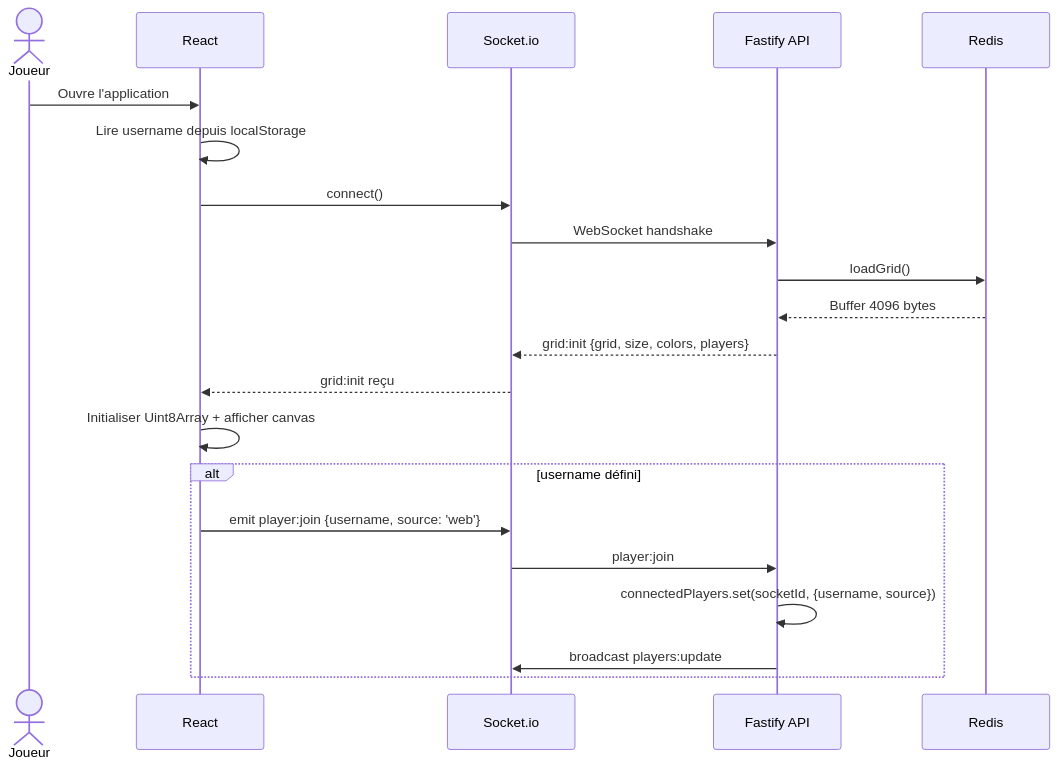
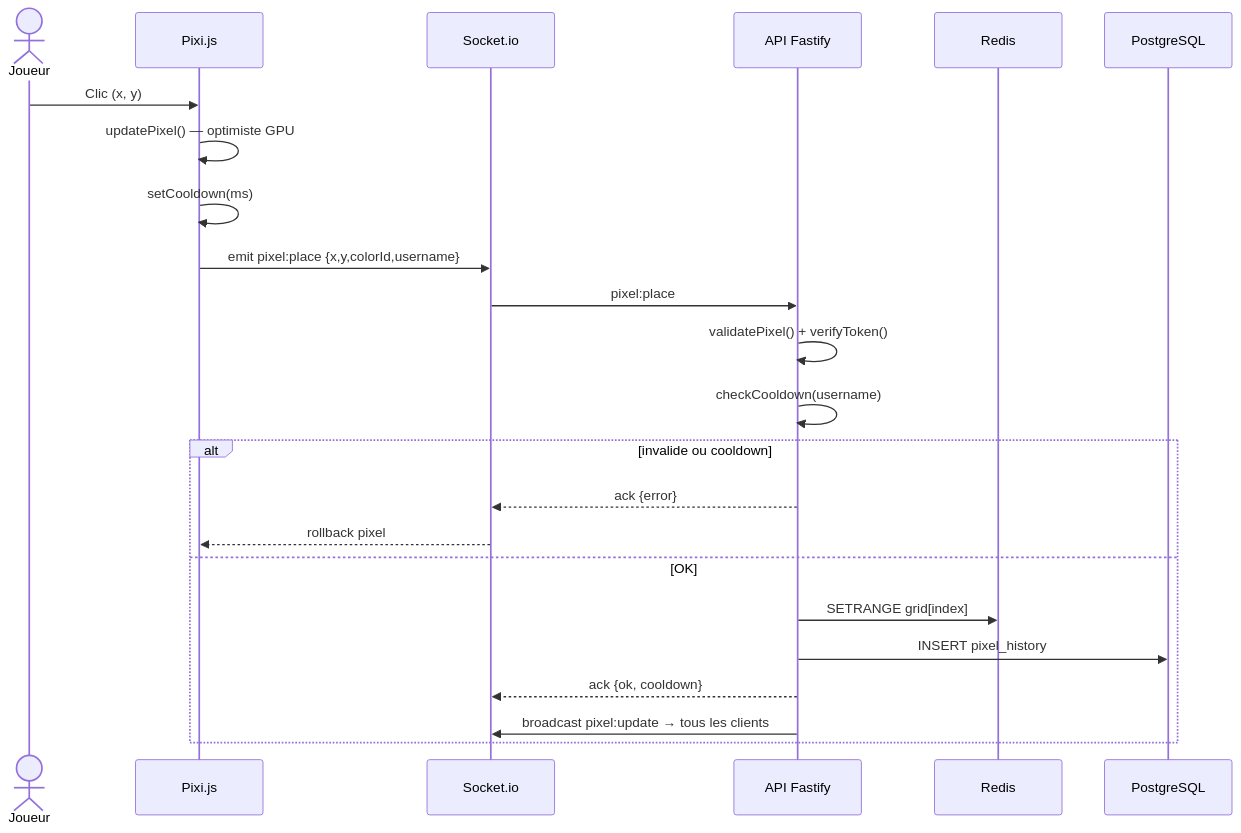
One commit to MaKSiiMe/VoxelPlace changed the second of 3 diagrams in docs/uml/sequence-diagram.md. Above: the diagram before and after it, drawn with Mermaid. The commit also changed other lines of this file and 34 other files, not shown here.

````diff
--- a/docs/uml/sequence-diagram.md
+++ b/docs/uml/sequence-diagram.md
@@ -37,25 +26,28 @@
 ```mermaid
 sequenceDiagram
-    actor User as Joueur
-    participant Front as React
-    participant Socket as Socket.io
-    participant API as Fastify API
-    participant Redis as Redis
+    actor U as Joueur
+    participant P as Pixi.js
+    participant S as Socket.io
+    participant A as API Fastify
+    participant R as Redis
+    participant D as PostgreSQL
 
-    User->>Front: Ouvre l'application
-    Front->>Front: Lire username depuis localStorage
-    Front->>Socket: connect()
-    Socket->>API: WebSocket handshake
-    API->>Redis: loadGrid()
-    Redis-->>API: Buffer 4096 bytes
-    API-->>Socket: grid:init {grid, size, colors, players}
-    Socket-->>Front: grid:init reçu
-    Front->>Front: Initialiser Uint8Array + afficher canvas
+    U->>P: Clic (x, y)
+    P->>P: updatePixel() — optimiste GPU
+    P->>P: setCooldown(ms)
+    P->>S: emit pixel:place {x,y,colorId,username}
 
-    alt username défini
-        Front->>Socket: emit player:join {username, source: 'web'}
-        Socket->>API: player:join
-        API->>API: connectedPlayers.set(socketId, {username, source})
-        API->>Socket: broadcast players:update
+    S->>A: pixel:place
+    A->>A: validatePixel() + verifyToken()
+    A->>A: checkCooldown(username)
+
+    alt invalide ou cooldown
+        A-->>S: ack {error}
+        S-->>P: rollback pixel
+    else OK
+        A->>R: SETRANGE grid[index]
+        A->>D: INSERT pixel_history
+        A-->>S: ack {ok, cooldown}
+        A->>S: broadcast pixel:update → tous les clients
     end
 ```
````
